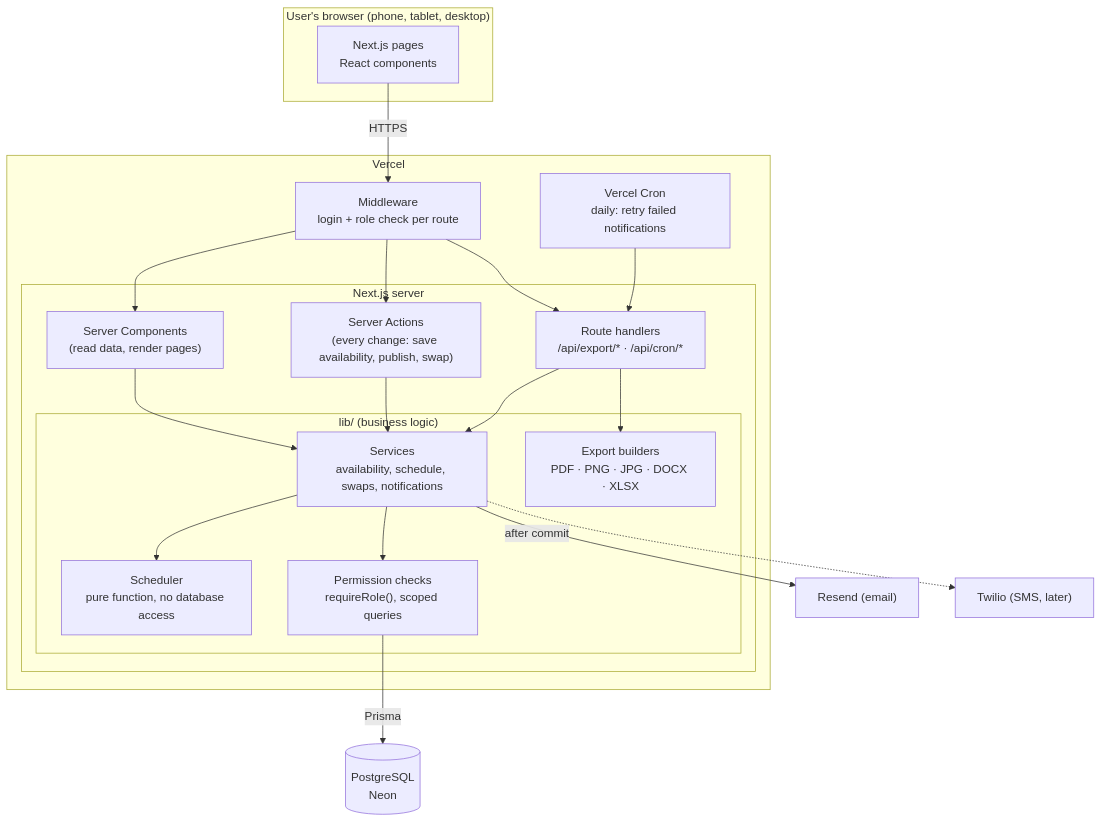
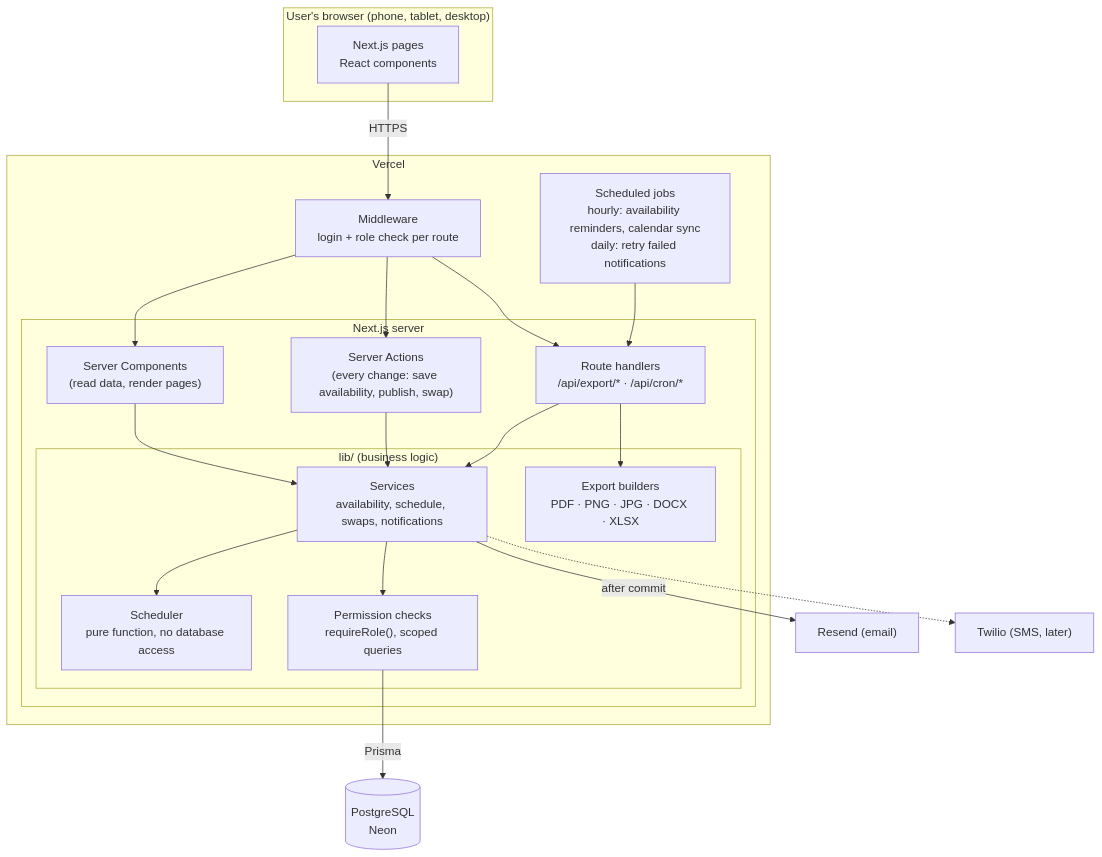
Before and after one commit to DebbieP20/teamvory: the second of 4 diagrams in docs/architecture.md, drawn with Mermaid. The commit also changed other lines of this file and 6 other files, not shown here.

First line of the commit message:
Add reminders, calendar sync, future features and client decisions 23-27

````diff
--- a/docs/architecture.md
+++ b/docs/architecture.md
@@ -32,41 +34,41 @@
 ```mermaid
 flowchart TB
     subgraph Client["User's browser (phone, tablet, desktop)"]
         UI["Next.js pages<br/>React components"]
     end
 
     subgraph Vercel["Vercel"]
         MW["Middleware<br/>login + role check per route"]
         subgraph App["Next.js server"]
             RSC["Server Components<br/>(read data, render pages)"]
             SA["Server Actions<br/>(every change: save availability, publish, swap)"]
             API["Route handlers<br/>/api/export/* · /api/cron/*"]
             subgraph Core["lib/ (business logic)"]
                 SVC["Services<br/>availability, schedule, swaps, notifications"]
                 SCH["Scheduler<br/>pure function, no database access"]
                 EXP["Export builders<br/>PDF · PNG · JPG · DOCX · XLSX"]
                 AUTHZ["Permission checks<br/>requireRole(), scoped queries"]
             end
         end
-        CRON["Vercel Cron<br/>daily: retry failed notifications"]
+        CRON["Scheduled jobs<br/>hourly: availability reminders, calendar sync<br/>daily: retry failed notifications"]
     end
 
     DB[("PostgreSQL<br/>Neon")]
     RES["Resend (email)"]
     TW["Twilio (SMS, later)"]
 
     UI -->|HTTPS| MW
     MW --> RSC
     MW --> SA
     MW --> API
     RSC --> SVC
     SA --> SVC
     API --> SVC
     API --> EXP
     SVC --> AUTHZ
     SVC --> SCH
     AUTHZ -->|Prisma| DB
     SVC -->|after commit| RES
     SVC -.-> TW
     CRON --> API
 ```
````
